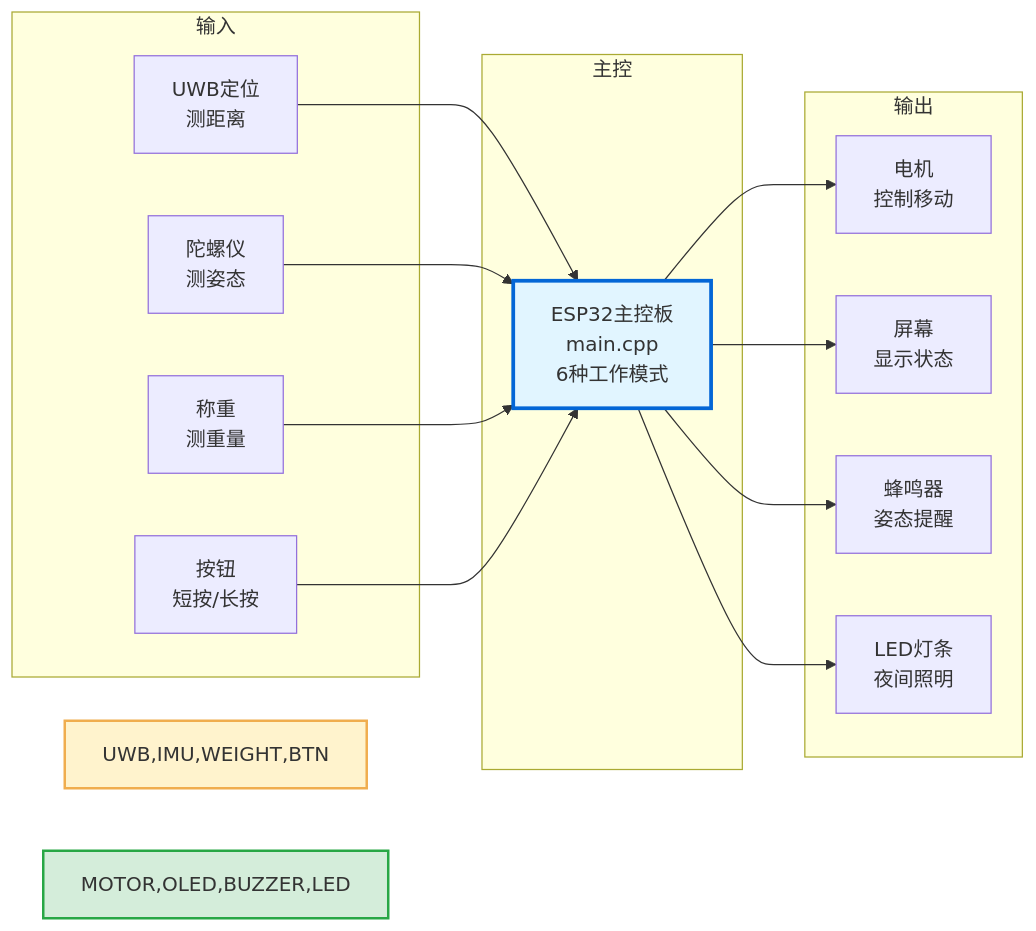
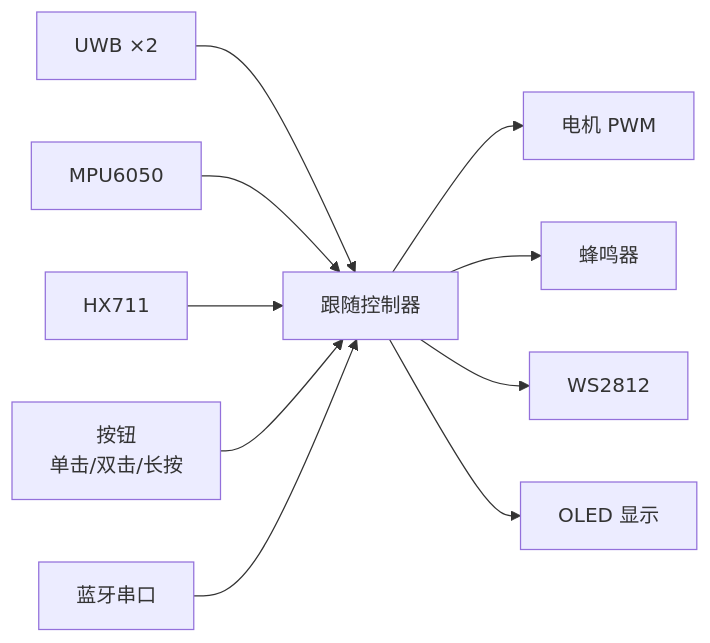
The first of 2 diagrams in 系统架构图.md (weizunwhite/oneup_sc_liushijun), drawn with Mermaid before and after one commit. The commit also changed other lines of this file and 3 other files, not shown here.

````diff
--- a/系统架构图.md
+++ b/系统架构图.md
@@ -11,34 +7,14 @@
 ```mermaid
-graph LR
-    subgraph 输入
-        UWB[UWB定位<br/>测距离]
-        IMU[陀螺仪<br/>测姿态]
-        WEIGHT[称重<br/>测重量]
-        BTN[按钮<br/>短按/长按]
-    end
+flowchart LR
+    UWB[UWB ×2] --> CTRL[跟随控制器]
+    IMU[MPU6050] --> CTRL
+    SCALE[HX711] --> CTRL
+    BTN[按钮
+单击/双击/长按] --> CTRL
+    BT[蓝牙串口] --> CTRL
 
-    subgraph 主控
-        ESP32[ESP32主控板<br/>main.cpp<br/>6种工作模式]
-    end
-
-    subgraph 输出
-        MOTOR[电机<br/>控制移动]
-        OLED[屏幕<br/>显示状态]
-        BUZZER[蜂鸣器<br/>姿态提醒]
-        LED[LED灯条<br/>夜间照明]
-    end
-
-    UWB --> ESP32
-    IMU --> ESP32
-    WEIGHT --> ESP32
-    BTN --> ESP32
-
-    ESP32 --> MOTOR
-    ESP32 --> OLED
-    ESP32 --> BUZZER
-    ESP32 --> LED
-
-    style ESP32 fill:#e1f5ff,stroke:#0366d6,stroke-width:3px
-    style UWB,IMU,WEIGHT,BTN fill:#fff3cd,stroke:#f0ad4e,stroke-width:2px
-    style MOTOR,OLED,BUZZER,LED fill:#d4edda,stroke:#28a745,stroke-width:2px
+    CTRL --> MOTOR[电机 PWM]
+    CTRL --> BUZZER[蜂鸣器]
+    CTRL --> LED[WS2812]
+    CTRL --> OLED[OLED 显示]
 ```
````
